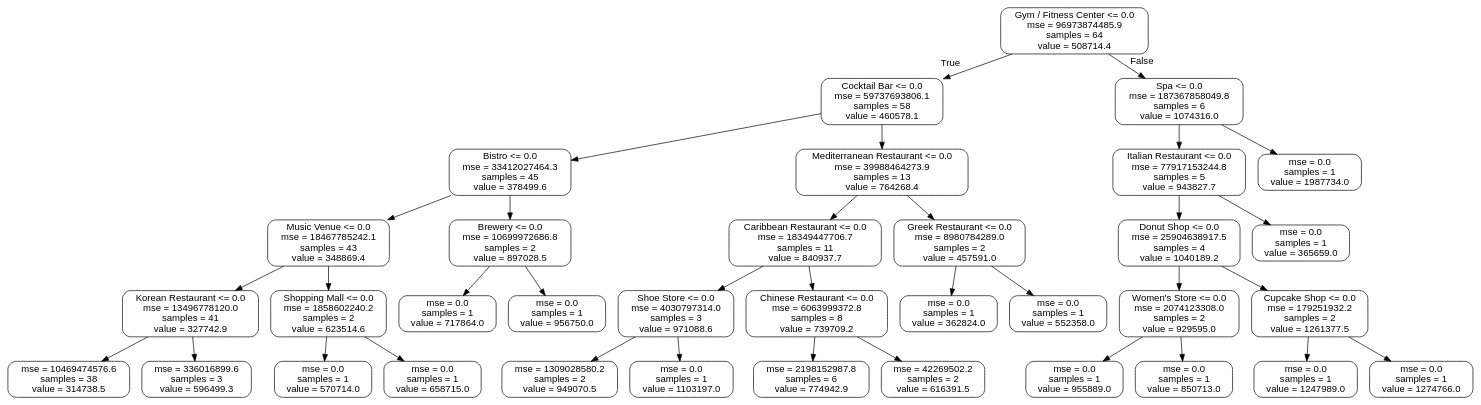
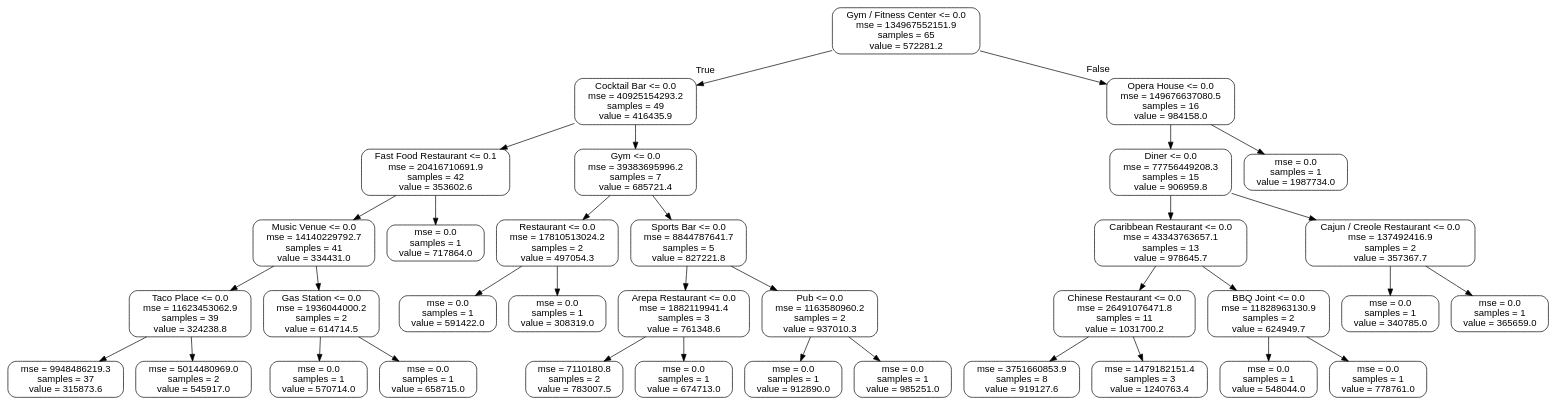
One commit to allaccountstaken/predicting_urban_home_values changed the diagram in price_tree.dot. Above: the diagram before and after it, drawn with Graphviz. The commit also changed 12 other files, not shown here.

Commit message:
merging boxplot - produce 2 charts

```diff
--- a/price_tree.dot
+++ b/price_tree.dot
@@ -1,73 +1,73 @@
 digraph Tree {
 node [shape=box, style="rounded", color="black", fontname=helvetica] ;
 edge [fontname=helvetica] ;
-0 [label="Gym / Fitness Center <= 0.0\nmse = 96973874485.9\nsamples = 64\nvalue = 508714.4"] ;
-1 [label="Cocktail Bar <= 0.0\nmse = 59737693806.1\nsamples = 58\nvalue = 460578.1"] ;
+0 [label="Gym / Fitness Center <= 0.0\nmse = 134967552151.9\nsamples = 65\nvalue = 572281.2"] ;
+1 [label="Cocktail Bar <= 0.0\nmse = 40925154293.2\nsamples = 49\nvalue = 416435.9"] ;
 0 -> 1 [labeldistance=2.5, labelangle=45, headlabel="True"] ;
-2 [label="Bistro <= 0.0\nmse = 33412027464.3\nsamples = 45\nvalue = 378499.6"] ;
+2 [label="Fast Food Restaurant <= 0.1\nmse = 20416710691.9\nsamples = 42\nvalue = 353602.6"] ;
 1 -> 2 ;
-3 [label="Music Venue <= 0.0\nmse = 18467785242.1\nsamples = 43\nvalue = 348869.4"] ;
+3 [label="Music Venue <= 0.0\nmse = 14140229792.7\nsamples = 41\nvalue = 334431.0"] ;
 2 -> 3 ;
-4 [label="Korean Restaurant <= 0.0\nmse = 13496778120.0\nsamples = 41\nvalue = 327742.9"] ;
+4 [label="Taco Place <= 0.0\nmse = 11623453062.9\nsamples = 39\nvalue = 324238.8"] ;
 3 -> 4 ;
-5 [label="mse = 10469474576.6\nsamples = 38\nvalue = 314738.5"] ;
+5 [label="mse = 9948486219.3\nsamples = 37\nvalue = 315873.6"] ;
 4 -> 5 ;
-6 [label="mse = 336016899.6\nsamples = 3\nvalue = 596499.3"] ;
+6 [label="mse = 5014480969.0\nsamples = 2\nvalue = 545917.0"] ;
 4 -> 6 ;
-7 [label="Shopping Mall <= 0.0\nmse = 1858602240.2\nsamples = 2\nvalue = 623514.6"] ;
+7 [label="Gas Station <= 0.0\nmse = 1936044000.2\nsamples = 2\nvalue = 614714.5"] ;
 3 -> 7 ;
 8 [label="mse = 0.0\nsamples = 1\nvalue = 570714.0"] ;
 7 -> 8 ;
 9 [label="mse = 0.0\nsamples = 1\nvalue = 658715.0"] ;
 7 -> 9 ;
-10 [label="Brewery <= 0.0\nmse = 10699972686.8\nsamples = 2\nvalue = 897028.5"] ;
+10 [label="mse = 0.0\nsamples = 1\nvalue = 717864.0"] ;
 2 -> 10 ;
-11 [label="mse = 0.0\nsamples = 1\nvalue = 717864.0"] ;
-10 -> 11 ;
-12 [label="mse = 0.0\nsamples = 1\nvalue = 956750.0"] ;
-10 -> 12 ;
-13 [label="Mediterranean Restaurant <= 0.0\nmse = 39988464273.9\nsamples = 13\nvalue = 764268.4"] ;
-1 -> 13 ;
-14 [label="Caribbean Restaurant <= 0.0\nmse = 18349447706.7\nsamples = 11\nvalue = 840937.7"] ;
-13 -> 14 ;
-15 [label="Shoe Store <= 0.0\nmse = 4030797314.0\nsamples = 3\nvalue = 971088.6"] ;
-14 -> 15 ;
-16 [label="mse = 1309028580.2\nsamples = 2\nvalue = 949070.5"] ;
+11 [label="Gym <= 0.0\nmse = 39383695996.2\nsamples = 7\nvalue = 685721.4"] ;
+1 -> 11 ;
+12 [label="Restaurant <= 0.0\nmse = 17810513024.2\nsamples = 2\nvalue = 497054.3"] ;
+11 -> 12 ;
+13 [label="mse = 0.0\nsamples = 1\nvalue = 591422.0"] ;
+12 -> 13 ;
+14 [label="mse = 0.0\nsamples = 1\nvalue = 308319.0"] ;
+12 -> 14 ;
+15 [label="Sports Bar <= 0.0\nmse = 8844787641.7\nsamples = 5\nvalue = 827221.8"] ;
+11 -> 15 ;
+16 [label="Arepa Restaurant <= 0.0\nmse = 1882119941.4\nsamples = 3\nvalue = 761348.6"] ;
 15 -> 16 ;
-17 [label="mse = 0.0\nsamples = 1\nvalue = 1103197.0"] ;
-15 -> 17 ;
-18 [label="Chinese Restaurant <= 0.0\nmse = 6063999372.8\nsamples = 8\nvalue = 739709.2"] ;
-14 -> 18 ;
-19 [label="mse = 2198152987.8\nsamples = 6\nvalue = 774942.9"] ;
-18 -> 19 ;
-20 [label="mse = 42269502.2\nsamples = 2\nvalue = 616391.5"] ;
-18 -> 20 ;
-21 [label="Greek Restaurant <= 0.0\nmse = 8980784289.0\nsamples = 2\nvalue = 457591.0"] ;
-13 -> 21 ;
-22 [label="mse = 0.0\nsamples = 1\nvalue = 362824.0"] ;
-21 -> 22 ;
-23 [label="mse = 0.0\nsamples = 1\nvalue = 552358.0"] ;
-21 -> 23 ;
-24 [label="Spa <= 0.0\nmse = 187367858049.8\nsamples = 6\nvalue = 1074316.0"] ;
-0 -> 24 [labeldistance=2.5, labelangle=-45, headlabel="False"] ;
-25 [label="Italian Restaurant <= 0.0\nmse = 77917153244.8\nsamples = 5\nvalue = 943827.7"] ;
+17 [label="mse = 7110180.8\nsamples = 2\nvalue = 783007.5"] ;
+16 -> 17 ;
+18 [label="mse = 0.0\nsamples = 1\nvalue = 674713.0"] ;
+16 -> 18 ;
+19 [label="Pub <= 0.0\nmse = 1163580960.2\nsamples = 2\nvalue = 937010.3"] ;
+15 -> 19 ;
+20 [label="mse = 0.0\nsamples = 1\nvalue = 912890.0"] ;
+19 -> 20 ;
+21 [label="mse = 0.0\nsamples = 1\nvalue = 985251.0"] ;
+19 -> 21 ;
+22 [label="Opera House <= 0.0\nmse = 149676637080.5\nsamples = 16\nvalue = 984158.0"] ;
+0 -> 22 [labeldistance=2.5, labelangle=-45, headlabel="False"] ;
+23 [label="Diner <= 0.0\nmse = 77756449208.3\nsamples = 15\nvalue = 906959.8"] ;
+22 -> 23 ;
+24 [label="Caribbean Restaurant <= 0.0\nmse = 43343763657.1\nsamples = 13\nvalue = 978645.7"] ;
+23 -> 24 ;
+25 [label="Chinese Restaurant <= 0.0\nmse = 26491076471.8\nsamples = 11\nvalue = 1031700.2"] ;
 24 -> 25 ;
-26 [label="Donut Shop <= 0.0\nmse = 25904638917.5\nsamples = 4\nvalue = 1040189.2"] ;
+26 [label="mse = 3751660853.9\nsamples = 8\nvalue = 919127.6"] ;
 25 -> 26 ;
-27 [label="Women's Store <= 0.0\nmse = 2074123308.0\nsamples = 2\nvalue = 929595.0"] ;
-26 -> 27 ;
-28 [label="mse = 0.0\nsamples = 1\nvalue = 955889.0"] ;
-27 -> 28 ;
-29 [label="mse = 0.0\nsamples = 1\nvalue = 850713.0"] ;
-27 -> 29 ;
-30 [label="Cupcake Shop <= 0.0\nmse = 179251932.2\nsamples = 2\nvalue = 1261377.5"] ;
-26 -> 30 ;
-31 [label="mse = 0.0\nsamples = 1\nvalue = 1247989.0"] ;
-30 -> 31 ;
-32 [label="mse = 0.0\nsamples = 1\nvalue = 1274766.0"] ;
-30 -> 32 ;
+27 [label="mse = 1479182151.4\nsamples = 3\nvalue = 1240763.4"] ;
+25 -> 27 ;
+28 [label="BBQ Joint <= 0.0\nmse = 11828963130.9\nsamples = 2\nvalue = 624949.7"] ;
+24 -> 28 ;
+29 [label="mse = 0.0\nsamples = 1\nvalue = 548044.0"] ;
+28 -> 29 ;
+30 [label="mse = 0.0\nsamples = 1\nvalue = 778761.0"] ;
+28 -> 30 ;
+31 [label="Cajun / Creole Restaurant <= 0.0\nmse = 137492416.9\nsamples = 2\nvalue = 357367.7"] ;
+23 -> 31 ;
+32 [label="mse = 0.0\nsamples = 1\nvalue = 340785.0"] ;
+31 -> 32 ;
 33 [label="mse = 0.0\nsamples = 1\nvalue = 365659.0"] ;
-25 -> 33 ;
+31 -> 33 ;
 34 [label="mse = 0.0\nsamples = 1\nvalue = 1987734.0"] ;
-24 -> 34 ;
+22 -> 34 ;
 }
```
